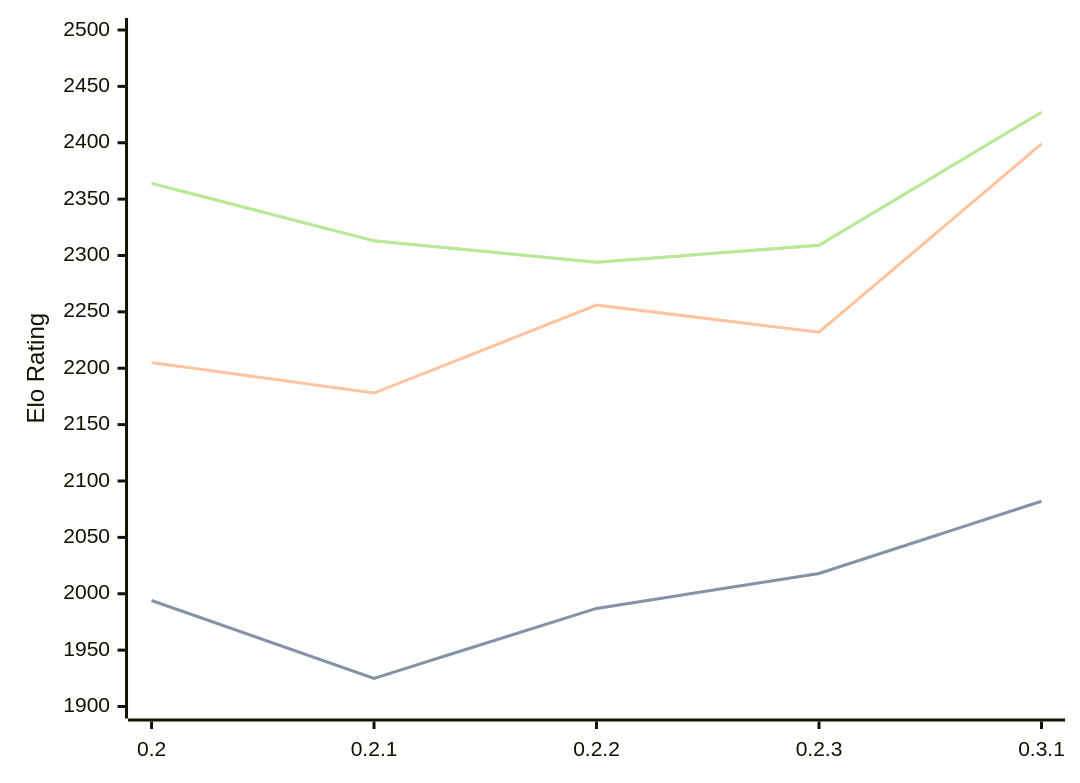
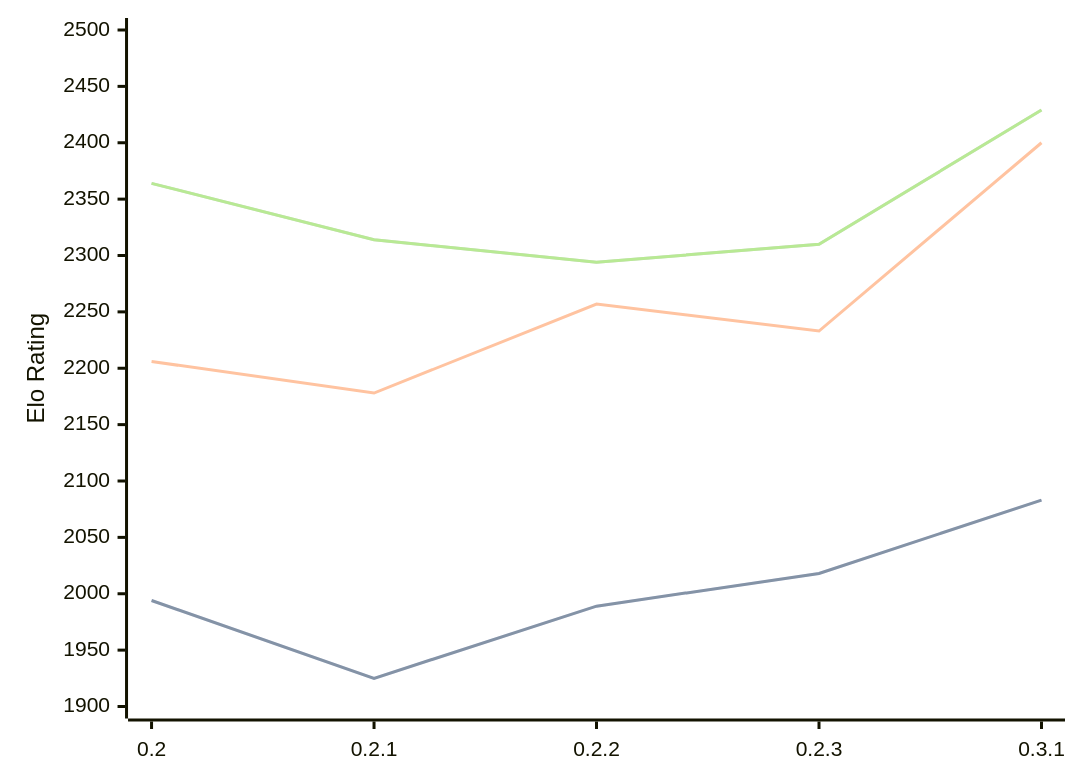
Before and after one commit to computer-chess-index/cci: the diagram in engines/Lolbot.md, drawn with Mermaid. The commit also changed other lines of this file, not shown here.

Commit message:
Update CCI Ratings (ELO VLTC) - 2026-08-21

````diff
--- a/engines/Lolbot.md
+++ b/engines/Lolbot.md
@@ -35,11 +35,11 @@
 ```mermaid
 %%{init: {"theme":"base","themeVariables":{"seriesColors:['#a3a3a3','#222221','#faa371']}}}%%
 xychart-beta
   x-axis ["0.2", "0.2.1", "0.2.2", "0.2.3", "0.3.1"]
   y-axis "Elo Rating" 1900 --> 2500
-  line "STC (8.0+0.08s)" [1994, 1925, 1987, 2018, 2082]
-  line "STC (8.0+0.08s)" [1994, 1925, 1987, 2018, 2082]
-  line "LTC (60.0+0.60s)" [2205, 2178, 2256, 2232, 2399]
-  line "VLTC (2m24s+1.12s)" [2364, 2313, 2294, 2309, 2427]
-  line "VLTC (2m24s+1.12s)" [2364, 2313, 2294, 2309, 2427]
+  line "STC (8.0+0.08s)" [1994, 1925, 1989, 2018, 2083]
+  line "STC (8.0+0.08s)" [1994, 1925, 1989, 2018, 2083]
+  line "LTC (60.0+0.60s)" [2206, 2178, 2257, 2233, 2400]
+  line "VLTC (2m24s+1.12s)" [2364, 2314, 2294, 2310, 2429]
+  line "VLTC (2m24s+1.12s)" [2364, 2314, 2294, 2310, 2429]
 ```
````
